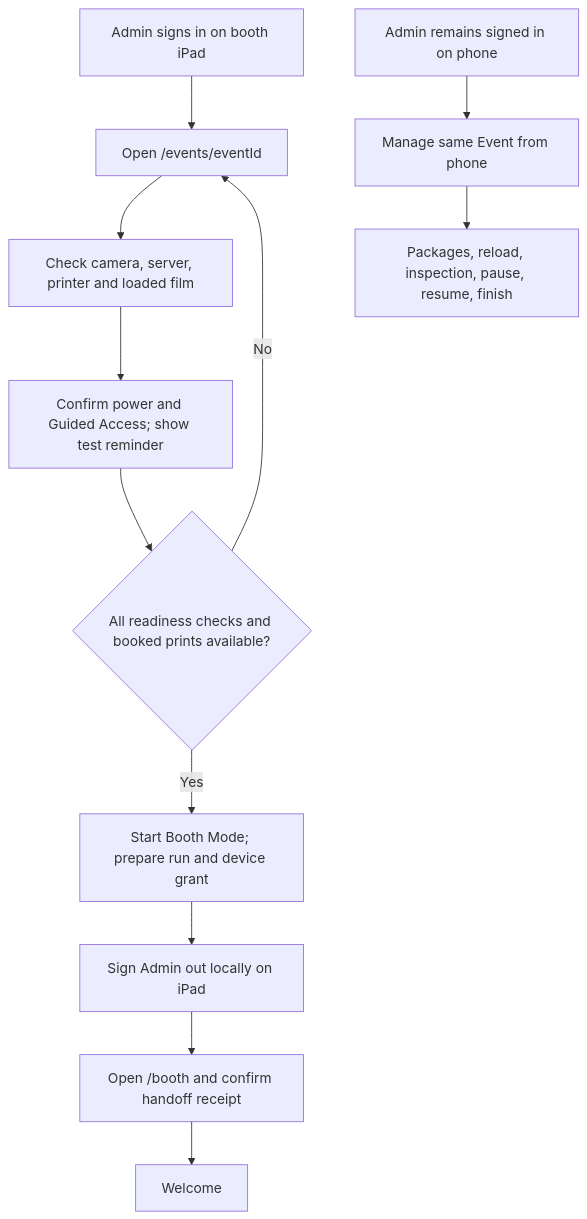
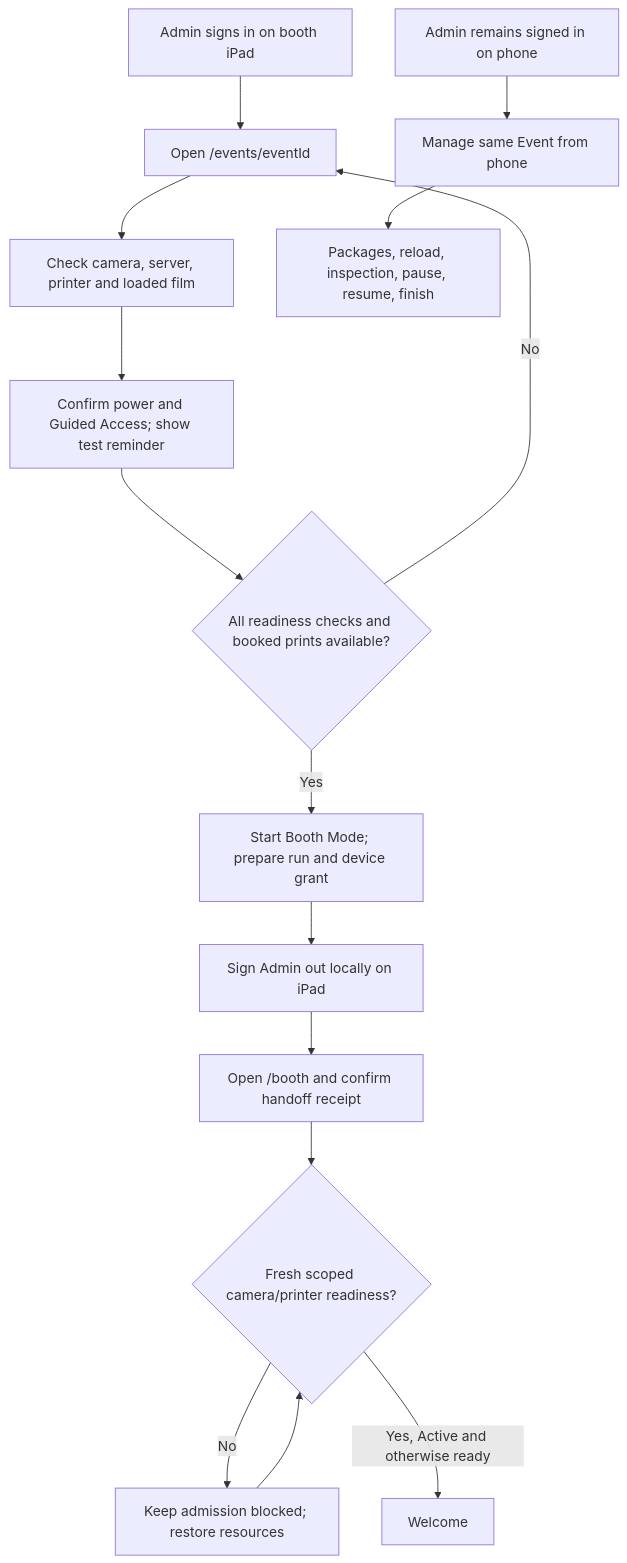
The first of 4 diagrams in docs/booth-user-flow.md (noelorph/diy-instax-photobooth), drawn with Mermaid before and after one commit. The commit also changed other lines of this file and 23 other files, not shown here.

````diff
--- a/docs/booth-user-flow.md
+++ b/docs/booth-user-flow.md
@@ -27,14 +29,17 @@
 ```mermaid
 flowchart TD
   A[Admin signs in on booth iPad] --> E[Open /events/eventId]
   E --> S[Check camera, server, printer and loaded film]
   S --> G[Confirm power and Guided Access; show test reminder]
   G --> R{All readiness checks and booked prints available?}
   R -->|No| E
   R -->|Yes| H[Start Booth Mode; prepare run and device grant]
   H --> O[Sign Admin out locally on iPad]
   O --> B[Open /booth and confirm handoff receipt]
-  B --> W[Welcome]
+  B --> F{Fresh scoped camera/printer readiness?}
+  F -->|No| R2[Keep admission blocked; restore resources]
+  R2 --> F
+  F -->|Yes, Active and otherwise ready| W[Welcome]
   P[Admin remains signed in on phone] --> M[Manage same Event from phone]
   M --> X[Packages, reload, inspection, pause, resume, finish]
 ```
````
